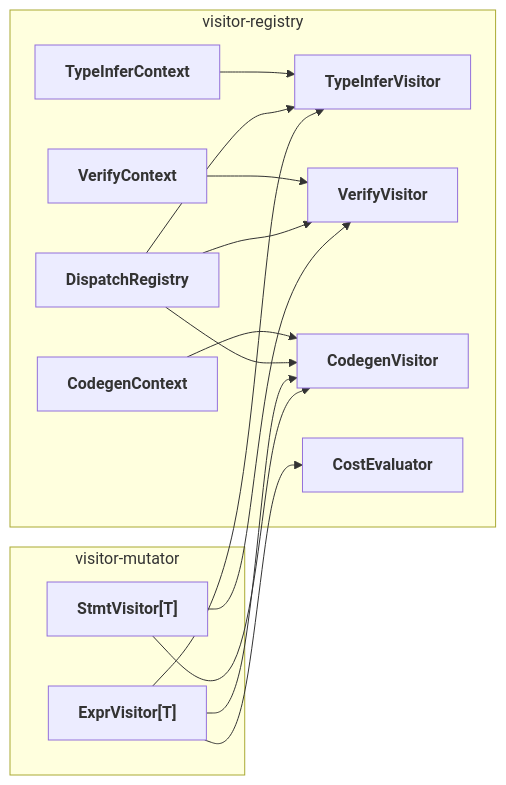
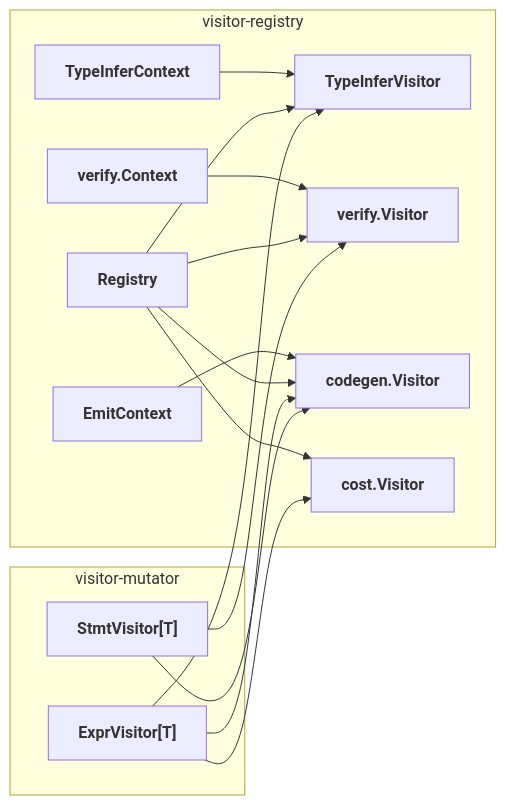
Before and after one commit to tile-ai/TileFoundry: the diagram in docs/spec/visitor-registry.md, drawn with Mermaid. The commit also changed other lines of this file and 1519 other files, not shown here.

````diff
--- a/docs/spec/visitor-registry.md
+++ b/docs/spec/visitor-registry.md
@@ -24,32 +27,33 @@
 ```mermaid
 flowchart LR
     subgraph framework["visitor-mutator"]
         ExprVis["<b>ExprVisitor[T]</b>"]
         StmtVis["<b>StmtVisitor[T]</b>"]
     end
 
     subgraph registry["visitor-registry"]
-        Reg["<b>DispatchRegistry</b>"]
+        Reg["<b>Registry</b>"]
         TypeVis["<b>TypeInferVisitor</b>"]
-        VerifyVis["<b>VerifyVisitor</b>"]
-        CodegenVis["<b>CodegenVisitor</b>"]
-        CostVis["<b>CostEvaluator</b>"]
+        VerifyVis["<b>verify.Visitor</b>"]
+        CodegenVis["<b>codegen.Visitor</b>"]
+        CostVis["<b>cost.Visitor</b>"]
         TICtx["<b>TypeInferContext</b>"]
-        VCtx["<b>VerifyContext</b>"]
-        CCtx["<b>CodegenContext</b>"]
+        VCtx["<b>verify.Context</b>"]
+        CCtx["<b>EmitContext</b>"]
     end
 
     ExprVis --> TypeVis
     StmtVis --> VerifyVis
     StmtVis --> CodegenVis
     ExprVis --> CodegenVis
     ExprVis --> CostVis
 
     Reg --> TypeVis
     Reg --> VerifyVis
     Reg --> CodegenVis
+    Reg --> CostVis
 
     TICtx --> TypeVis
     VCtx --> VerifyVis
     CCtx --> CodegenVis
 ```
````
